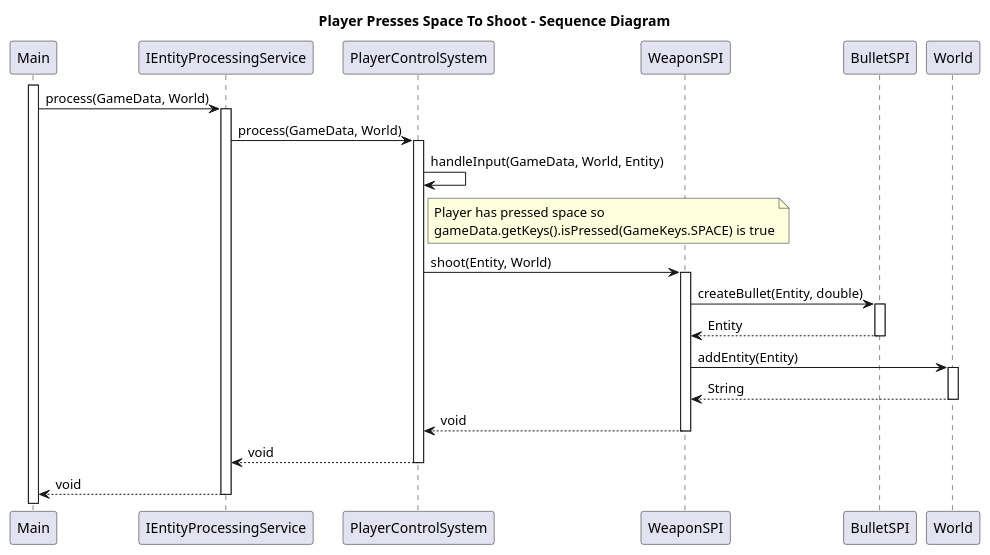
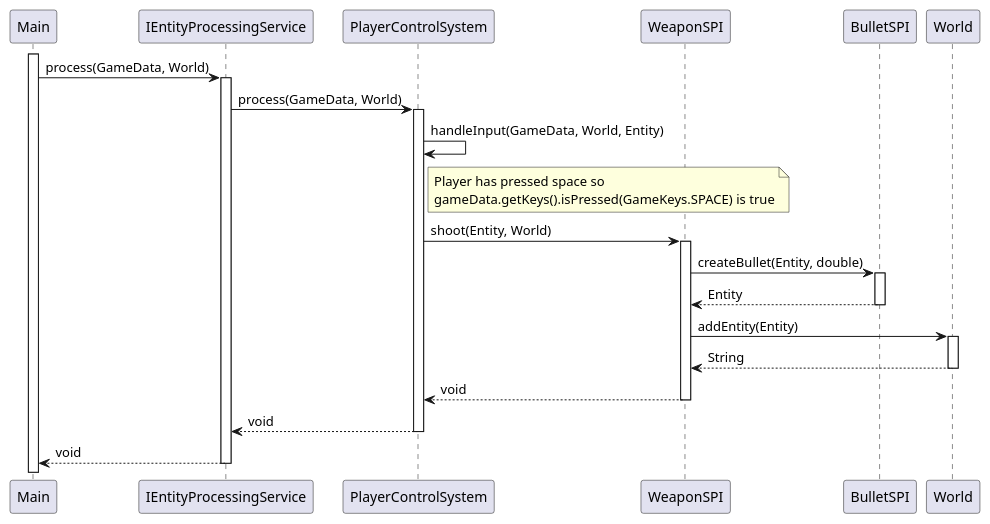
Before and after one commit to jlars22/AsteroidsFX: the diagram in diagrams/sequence player shoots bullet.puml, drawn with PlantUML. The commit also changed 6 other files, not shown here.

Commit message:
improve diagrams

```diff
--- a/diagrams/sequence player shoots bullet.puml
+++ b/diagrams/sequence player shoots bullet.puml
@@ -1,36 +1,34 @@
 @startuml
-title Player Presses Space To Shoot - Sequence Diagram
-
 participant Main
 participant IEntityProcessingService
 participant PlayerControlSystem
 participant WeaponSPI
 participant BulletSPI
 participant World
 
 activate Main
 Main -> IEntityProcessingService: process(GameData, World)
 activate IEntityProcessingService
 IEntityProcessingService -> PlayerControlSystem: process(GameData, World)
 activate PlayerControlSystem
 PlayerControlSystem -> PlayerControlSystem: handleInput(GameData, World, Entity)
 note right of PlayerControlSystem: Player has pressed space so \ngameData.getKeys().isPressed(GameKeys.SPACE) is true
 PlayerControlSystem -> WeaponSPI: shoot(Entity, World)
 activate WeaponSPI
 WeaponSPI -> BulletSPI: createBullet(Entity, double)
 activate BulletSPI
 BulletSPI --> WeaponSPI: Entity
 deactivate BulletSPI
 WeaponSPI -> World: addEntity(Entity)
 activate World
 World --> WeaponSPI: String
 deactivate World
 WeaponSPI --> PlayerControlSystem: void
 deactivate WeaponSPI
 PlayerControlSystem --> IEntityProcessingService: void
 deactivate PlayerControlSystem
 IEntityProcessingService --> Main: void
 deactivate IEntityProcessingService
 
 
 @enduml
```
